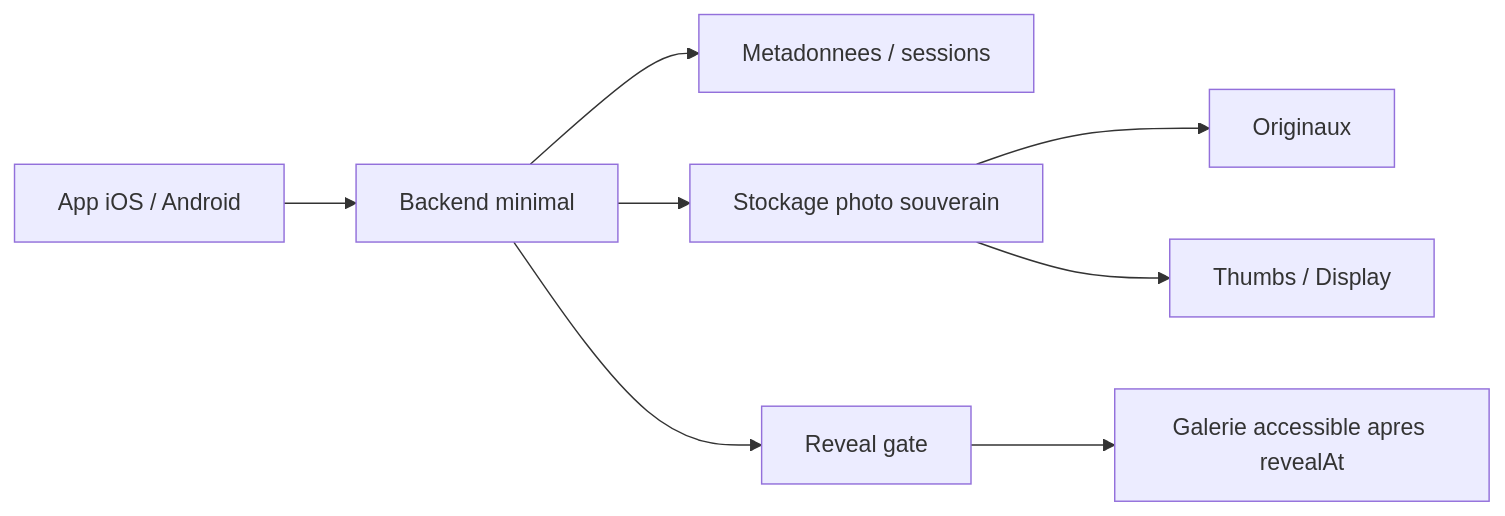
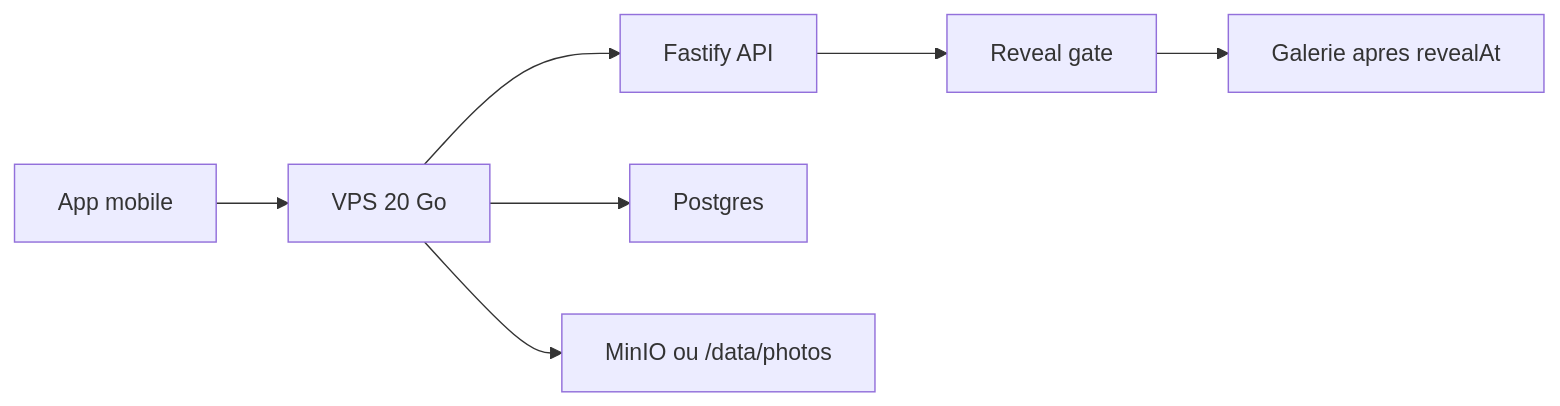
One commit to Ptitgit/flashgap changed the second of 5 diagrams in docs/cadrage-flashgap-like.md. Above: the diagram before and after it, drawn with Mermaid. The commit also changed other lines of this file, not shown here.

Commit message:
chore: define structure with vps

````diff
--- a/docs/cadrage-flashgap-like.md
+++ b/docs/cadrage-flashgap-like.md
@@ -339,10 +219,9 @@
 ```mermaid
 flowchart LR
-    A[App iOS / Android] --> B[Backend minimal]
-    B --> C[Metadonnees / sessions]
-    B --> D[Stockage photo souverain]
-    D --> E[Originaux]
-    D --> F[Thumbs / Display]
-    B --> G[Reveal gate]
-    G --> H[Galerie accessible apres revealAt]
+    A[App mobile] --> B[VPS 20 Go]
+    B --> C[Fastify API]
+    B --> D[Postgres]
+    B --> E[MinIO ou /data/photos]
+    C --> F[Reveal gate]
+    F --> G[Galerie apres revealAt]
 ```
````
